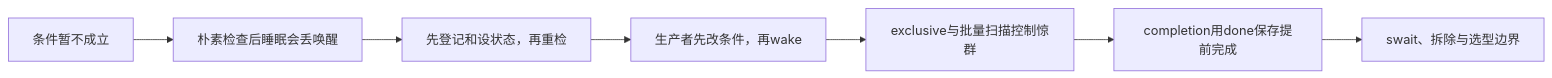
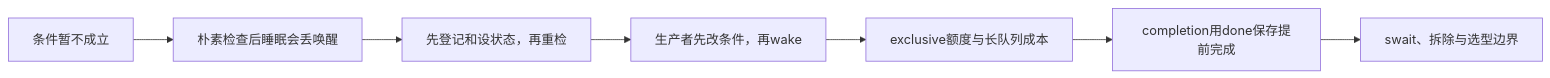
One commit to FormingSystem/linux_note changed the diagram in knowledge/linux/synchronization_and_asynchrony/synchronization/waiting_notification/大纲.md. Above: the diagram before and after it, drawn with Mermaid. The commit also changed other lines of this file and 12 other files, not shown here.

````diff
--- a/knowledge/linux/synchronization_and_asynchrony/synchronization/waiting_notification/大纲.md
+++ b/knowledge/linux/synchronization_and_asynchrony/synchronization/waiting_notification/大纲.md
@@ -23,9 +23,9 @@
 ```mermaid
 flowchart LR
     A["条件暂不成立"] --> B["朴素检查后睡眠会丢唤醒"]
     B --> C["先登记和设状态，再重检"]
     C --> D["生产者先改条件，再wake"]
-    D --> E["exclusive与批量扫描控制惊群"]
+    D --> E["exclusive额度与长队列成本"]
     E --> F["completion用done保存提前完成"]
     F --> G["swait、拆除与选型边界"]
 ```
````
